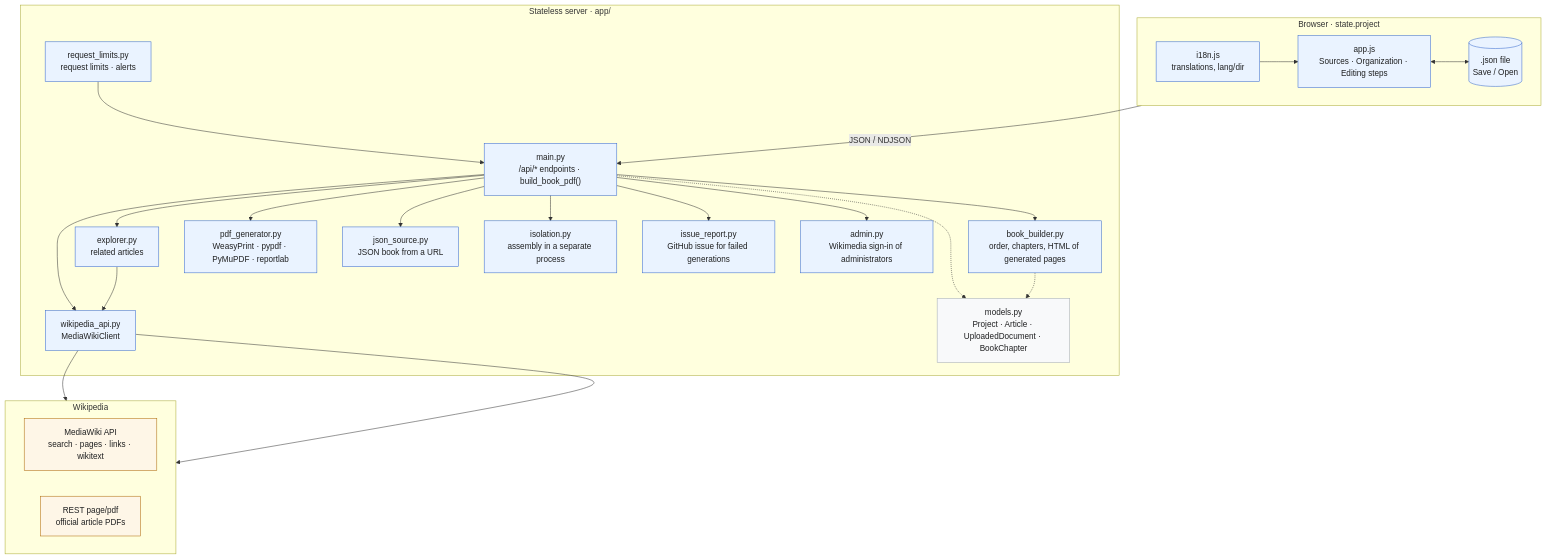
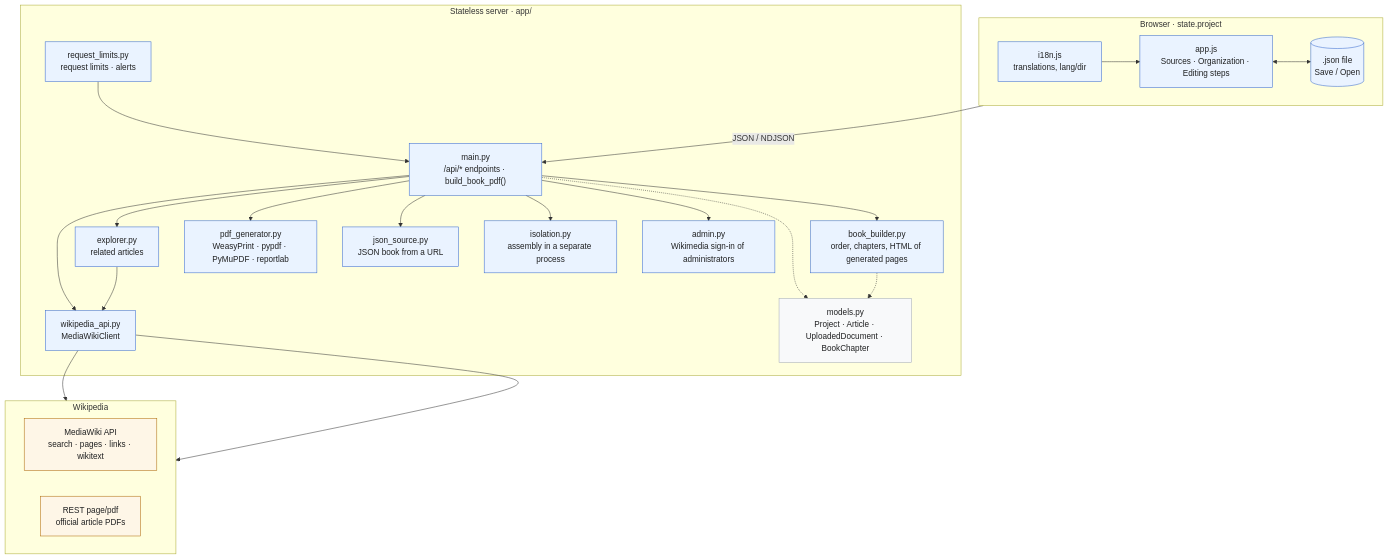
One commit to gmoulard/wikipedia2book changed the first of 2 diagrams in docs/TechnicalSpec.en.md. Above: the diagram before and after it, drawn with Mermaid. The commit also changed other lines of this file and 12 other files, not shown here.

````diff
--- a/docs/TechnicalSpec.en.md
+++ b/docs/TechnicalSpec.en.md
@@ -570,54 +566,52 @@
 ```mermaid
 flowchart TB
     subgraph Browser["Browser · state.project"]
         direction LR
         I18N["i18n.js<br/>translations, lang/dir"]
         APP["app.js<br/>Sources · Organization · Editing steps"]
         FILE[(".json file<br/>Save / Open")]
         I18N --> APP
         APP <--> FILE
     end
 
     subgraph Server["Stateless server · app/"]
         MAIN["main.py<br/>/api/* endpoints · build_book_pdf()"]
         EXPL["explorer.py<br/>related articles"]
         BB["book_builder.py<br/>order, chapters, HTML of generated pages"]
         PDFG["pdf_generator.py<br/>WeasyPrint · pypdf · PyMuPDF · reportlab"]
         WAPI["wikipedia_api.py<br/>MediaWikiClient"]
         JSRC["json_source.py<br/>JSON book from a URL"]
         GUARD["request_limits.py<br/>request limits · alerts"]
         GUARD --> MAIN
         MODELS["models.py<br/>Project · Article · UploadedDocument · BookChapter"]
         MAIN --> EXPL
         MAIN --> BB
         ISO["isolation.py<br/>assembly in a separate process"]
-        ISSUE["issue_report.py<br/>GitHub issue for failed generations"]
-        MAIN --> ISSUE
         ADM["admin.py<br/>Wikimedia sign-in of administrators"]
         MAIN --> ADM
         MAIN --> ISO
         MAIN --> PDFG
         MAIN --> WAPI
         MAIN --> JSRC
         EXPL --> WAPI
     end
 
     subgraph Wikipedia["Wikipedia"]
         direction LR
         MW["MediaWiki API<br/>search · pages · links · wikitext"]
         REST["REST page/pdf<br/>official article PDFs"]
     end
 
     APP -- "JSON / NDJSON" --> MAIN
     WAPI --> MW
     WAPI --> REST
     MAIN -.-> MODELS
     BB -.-> MODELS
 
     classDef app fill:#eaf3ff,stroke:#3366cc,color:#202122
     classDef wiki fill:#fef6e7,stroke:#ac6600,color:#202122
     classDef shared fill:#f8f9fa,stroke:#a2a9b1,color:#202122
-    class I18N,APP,FILE,MAIN,EXPL,BB,PDFG,WAPI,ISO,JSRC,ADM,GUARD,ISSUE app
+    class I18N,APP,FILE,MAIN,EXPL,BB,PDFG,WAPI,ISO,JSRC,ADM,GUARD app
     class MW,REST wiki
     class MODELS shared
 ```
````
